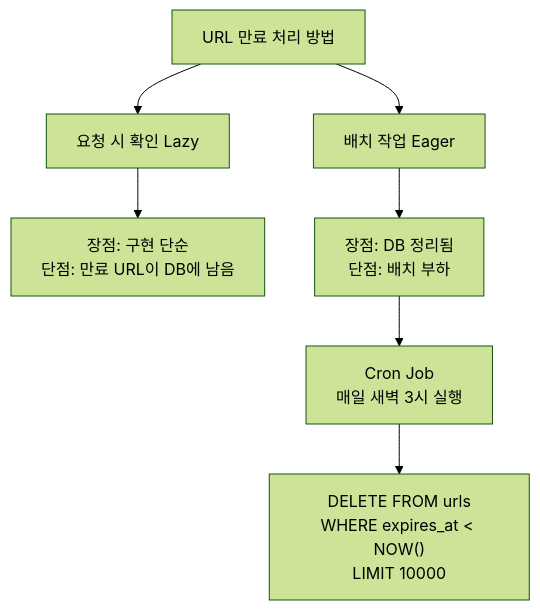
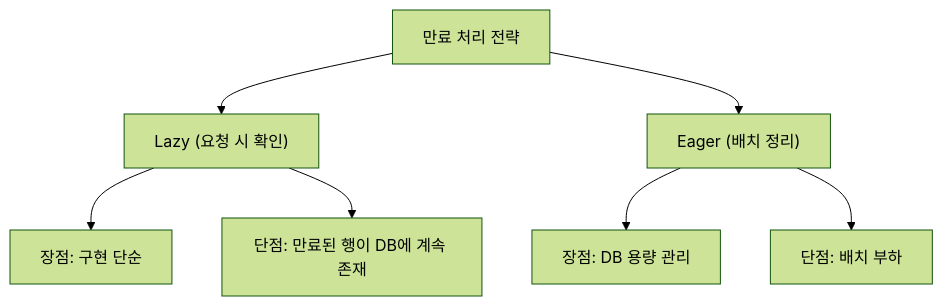
One commit to yjkim2015/yjkim2015.github.io changed the sixth of 7 diagrams in _posts/systemdesign/2026-05-02-system-design-url-shortener.md. Above: the diagram before and after it, drawn with Mermaid (forest theme). The commit also changed other lines of this file and 122 other files, not shown here.

````diff
--- a/_posts/systemdesign/2026-05-02-system-design-url-shortener.md
+++ b/_posts/systemdesign/2026-05-02-system-design-url-shortener.md
@@ -406,12 +239,9 @@
 ```mermaid
 graph TD
-    A["URL 만료 처리 방법"]
-    A --> B["요청 시 확인 Lazy"]
-    A --> C["배치 작업 Eager"]
-
-    B --> D["장점: 구현 단순<br>단점: 만료 URL이 DB에 남음"]
-    C --> E["장점: DB 정리됨<br>단점: 배치 부하"]
-
-    E --> F["Cron Job<br>매일 새벽 3시 실행"]
-    F --> G["DELETE FROM urls<br>WHERE expires_at < NOW()<br>LIMIT 10000"]
+    A["만료 처리 전략"] --> B["Lazy (요청 시 확인)"]
+    A --> C["Eager (배치 정리)"]
+    B --> B1["장점: 구현 단순"]
+    B --> B2["단점: 만료된 행이 DB에 계속 존재"]
+    C --> C1["장점: DB 용량 관리"]
+    C --> C2["단점: 배치 부하"]
 ```
````
